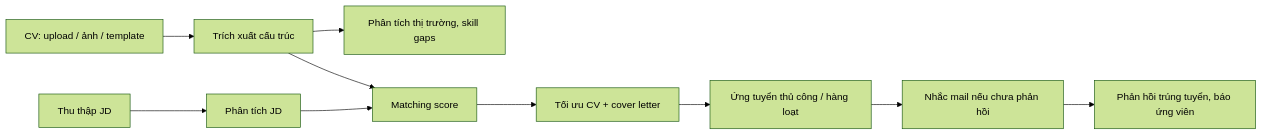
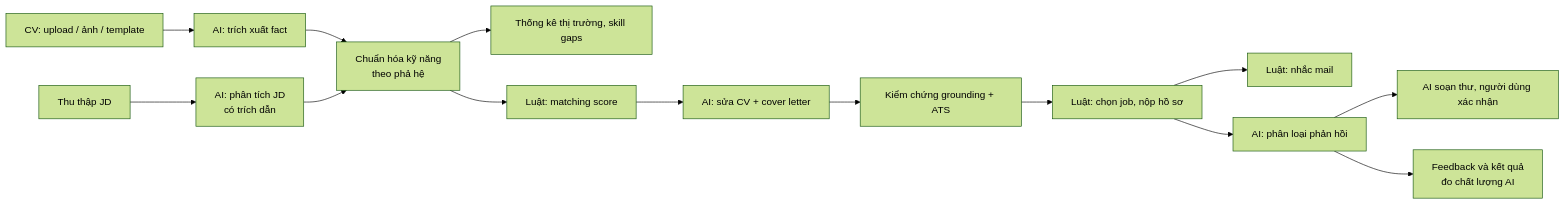
The second of 2 diagrams in docs/03-use-cases.md (DuykoNgu/auto_apply_jobs), drawn with Mermaid (forest theme) before and after one commit. The commit also changed other lines of this file and 7 other files, not shown here.

````diff
--- a/docs/03-use-cases.md
+++ b/docs/03-use-cases.md
@@ -125,12 +156,16 @@
 ```mermaid
 flowchart LR
-    CV["CV: upload / ảnh / template"] --> Parse["Trích xuất cấu trúc"]
-    Parse --> Market["Phân tích thị trường, skill gaps"]
-    Jobs["Thu thập JD"] --> JD["Phân tích JD"]
-    Parse --> Match["Matching score"]
-    JD --> Match
-    Match --> Opt["Tối ưu CV + cover letter"]
-    Opt --> Apply["Ứng tuyển thủ công / hàng loạt"]
-    Apply --> Follow["Nhắc mail nếu chưa phản hồi"]
-    Follow --> Reply["Phản hồi trúng tuyển, báo ứng viên"]
+    CV["CV: upload / ảnh / template"] --> Parse["AI: trích xuất fact"]
+    Parse --> Norm["Chuẩn hóa kỹ năng<br/>theo phả hệ"]
+    Norm --> Market["Thống kê thị trường, skill gaps"]
+    Jobs["Thu thập JD"] --> JD["AI: phân tích JD<br/>có trích dẫn"]
+    JD --> Norm
+    Norm --> Match["Luật: matching score"]
+    Match --> Opt["AI: sửa CV + cover letter"]
+    Opt --> Check["Kiểm chứng grounding + ATS"]
+    Check --> Apply["Luật: chọn job, nộp hồ sơ"]
+    Apply --> Follow["Luật: nhắc mail"]
+    Apply --> Classify["AI: phân loại phản hồi"]
+    Classify --> Reply["AI soạn thư, người dùng xác nhận"]
+    Classify --> Feedback["Feedback và kết quả<br/>đo chất lượng AI"]
 ```
````
